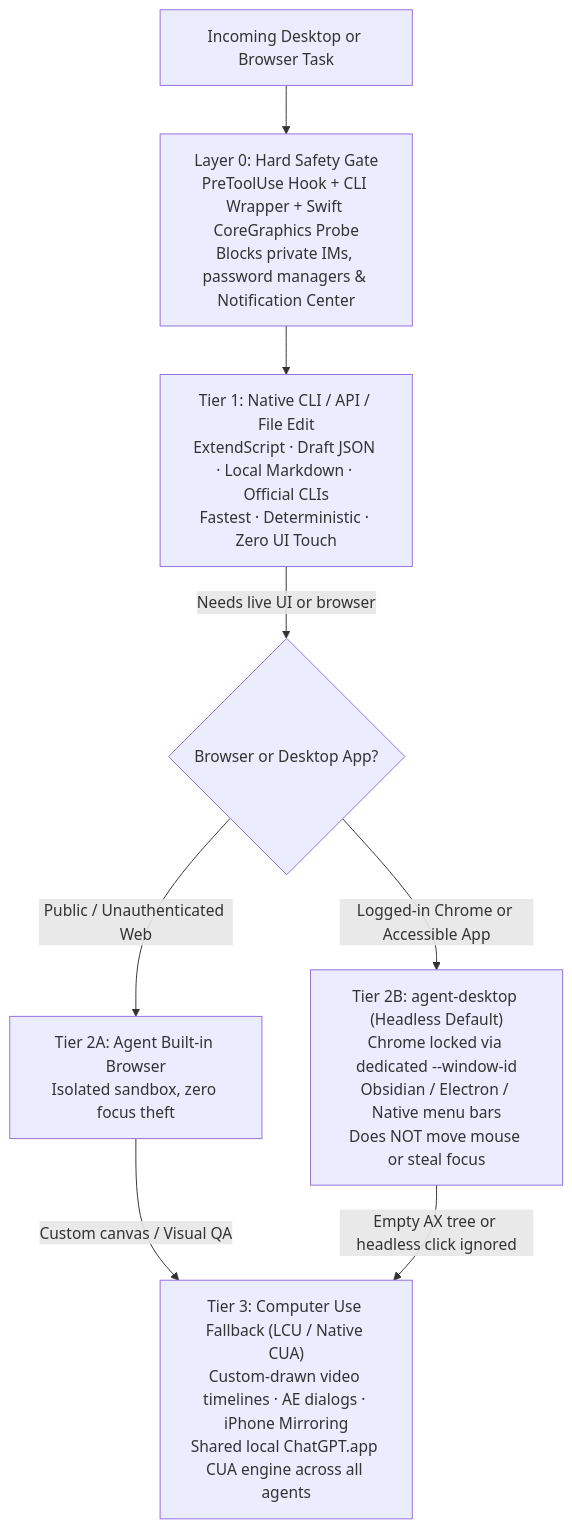
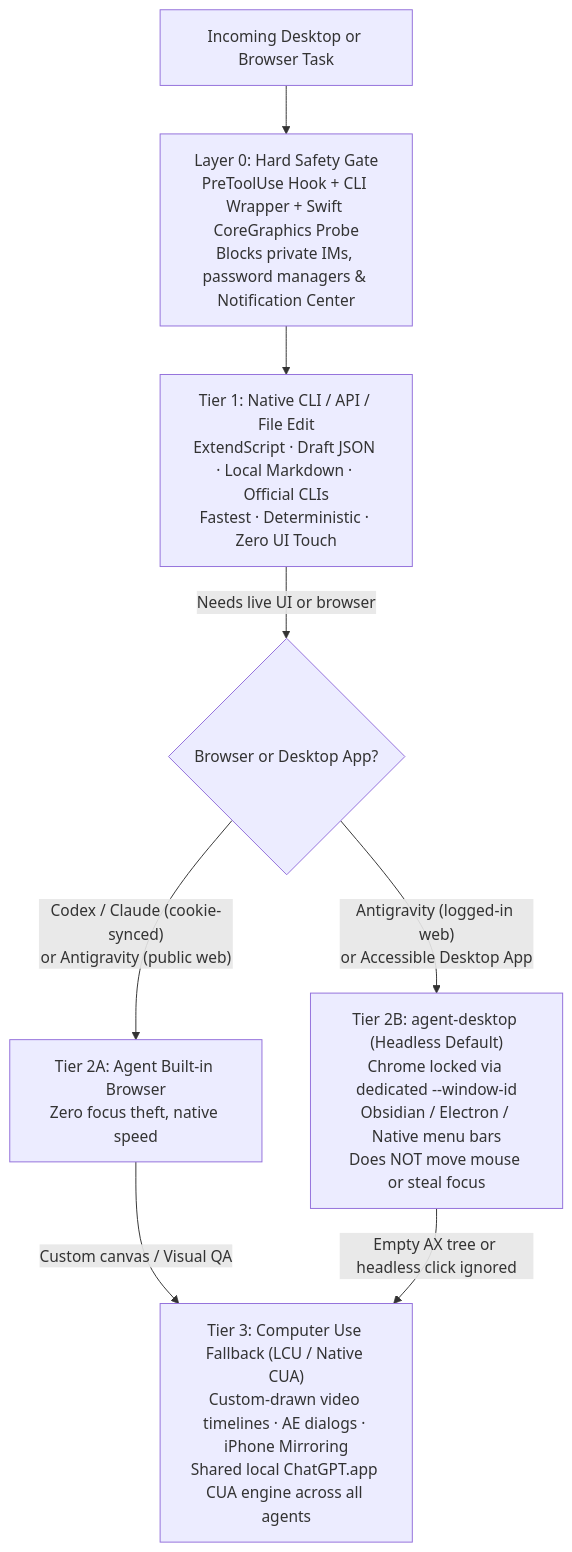
The diagram in README.md (mcncarl/agent-desktop-router), drawn with Mermaid before and after one commit. The commit also changed other lines of this file and 4 other files, not shown here.

Commit message:
docs: refine per-host browser cookie routing for Codex, Claude Code, and Antigravity

````diff
--- a/README.md
+++ b/README.md
@@ -54,10 +54,10 @@
 ```mermaid
 flowchart TD
     Task["Incoming Desktop or Browser Task"] --> Gate["Layer 0: Hard Safety Gate<br/>PreToolUse Hook + CLI Wrapper + Swift CoreGraphics Probe<br/>Blocks private IMs, password managers & Notification Center"]
     Gate --> T1["Tier 1: Native CLI / API / File Edit<br/>ExtendScript · Draft JSON · Local Markdown · Official CLIs<br/>Fastest · Deterministic · Zero UI Touch"]
     T1 -- "Needs live UI or browser" --> WebCheck{"Browser or Desktop App?"}
-    WebCheck -- "Public / Unauthenticated Web" --> T2A["Tier 2A: Agent Built-in Browser<br/>Isolated sandbox, zero focus theft"]
-    WebCheck -- "Logged-in Chrome or Accessible App" --> T2B["Tier 2B: agent-desktop (Headless Default)<br/>Chrome locked via dedicated --window-id<br/>Obsidian / Electron / Native menu bars<br/>Does NOT move mouse or steal focus"]
+    WebCheck -- "Codex / Claude (cookie-synced)<br/>or Antigravity (public web)" --> T2A["Tier 2A: Agent Built-in Browser<br/>Zero focus theft, native speed"]
+    WebCheck -- "Antigravity (logged-in web)<br/>or Accessible Desktop App" --> T2B["Tier 2B: agent-desktop (Headless Default)<br/>Chrome locked via dedicated --window-id<br/>Obsidian / Electron / Native menu bars<br/>Does NOT move mouse or steal focus"]
     T2A -- "Custom canvas / Visual QA" --> T3["Tier 3: Computer Use Fallback (LCU / Native CUA)<br/>Custom-drawn video timelines · AE dialogs · iPhone Mirroring<br/>Shared local ChatGPT.app CUA engine across all agents"]
     T2B -- "Empty AX tree or headless click ignored" --> T3
 ```
````
